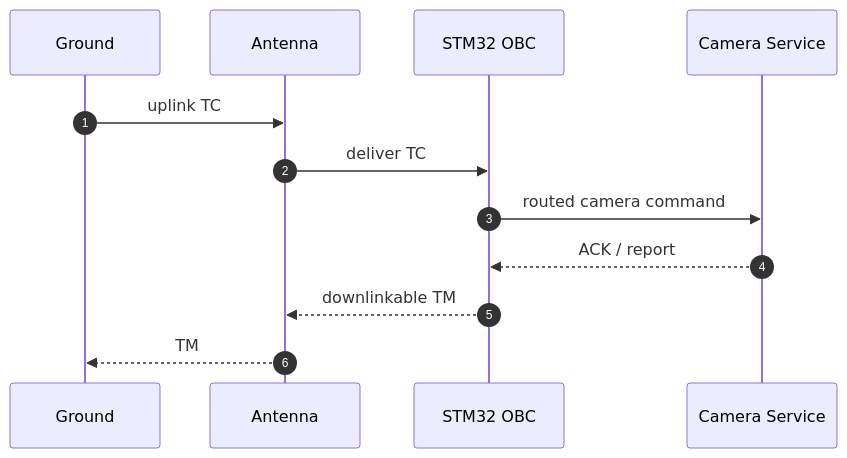
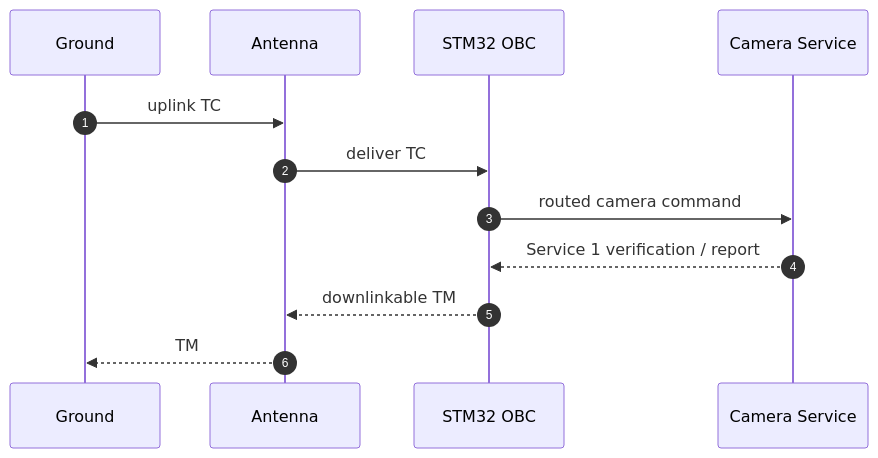
Before and after one commit to ExoSpaceLabs/exn: the second of 12 diagrams in docs/diagrams.md, drawn with Mermaid. The commit also changed other lines of this file and 9 other files, not shown here.

First line of the commit message:
docs(exn): clarify logical architecture and replace ASCII diagrams (#7)

````diff
--- a/docs/diagrams.md
+++ b/docs/diagrams.md
@@ -53,15 +53,15 @@
 ```mermaid
 sequenceDiagram
   autonumber
   participant GS as Ground
   participant ANT as Antenna
   participant MCU as STM32 OBC
   participant CAM as Camera Service
 
   GS->>ANT: uplink TC
   ANT->>MCU: deliver TC
   MCU->>CAM: routed camera command
-  CAM-->>MCU: ACK / report
+  CAM-->>MCU: Service 1 verification / report
   MCU-->>ANT: downlinkable TM
   ANT-->>GS: TM
 ```
````
